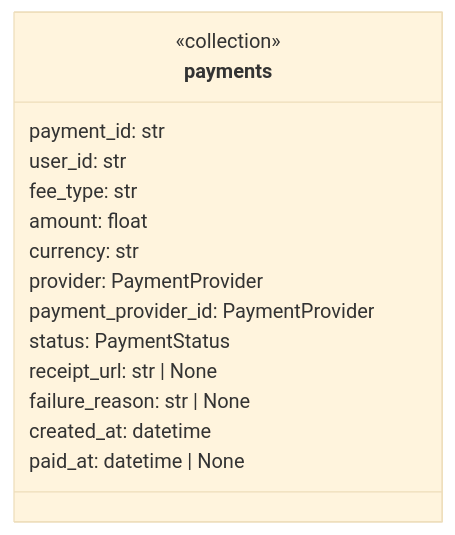
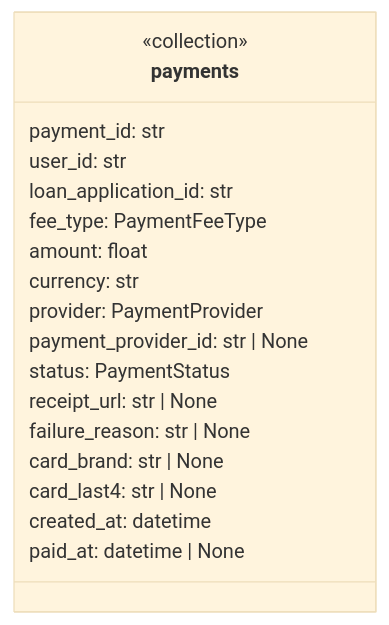
One commit to mtu-sdh-agile-avengers/agentic-lender changed diagram 11 of 11 in docs/api/data-model.md. Above: the diagram before and after it, drawn with Mermaid (base theme). The commit also changed other lines of this file and 38 other files, not shown here.

````diff
--- a/docs/api/data-model.md
+++ b/docs/api/data-model.md
@@ -748,18 +753,21 @@
 ```mermaid
 classDiagram
   class payments {
     <<collection>>
     payment_id: str
     user_id: str
-    fee_type: str
+    loan_application_id: str
+    fee_type: PaymentFeeType
     amount: float
     currency: str
     provider: PaymentProvider
-    payment_provider_id: PaymentProvider
+    payment_provider_id: str | None
     status: PaymentStatus
     receipt_url: str | None
     failure_reason: str | None
+    card_brand: str | None
+    card_last4: str | None
     created_at: datetime
     paid_at: datetime | None
   }
 ```
````
